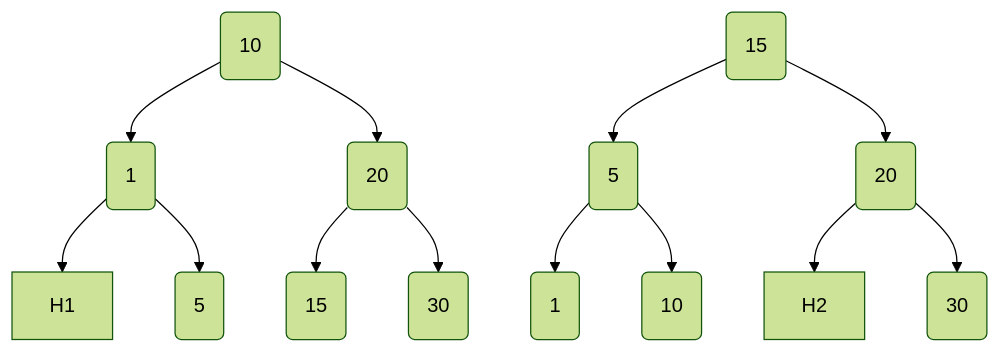
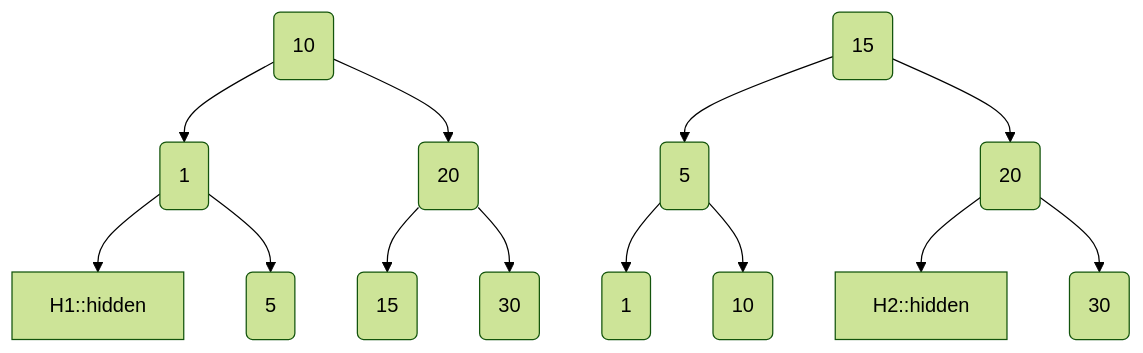
One commit to jayshozie/ceng301 changed the fourth of 4 diagrams in lecture-notes/w07.md. Above: the diagram before and after it, drawn with Mermaid (forest theme). The commit also changed other lines of this file, not shown here.

````diff
--- a/lecture-notes/w07.md
+++ b/lecture-notes/w07.md
@@ -441,17 +441,17 @@
 ```mermaid
 graph TB
 
 A(10) --> B(1)
-B --> H1:::hidden
+B --> H1::hidden
 B --> D(5)
 A(10) --> C(20)
 C --> E(15)
 C --> F(30)
 
 G(15) --> H(5)
 H --> J(1)
 H --> K(10)
 G --> I(20)
-I --> H2:::hidden
+I --> H2::hidden
 I --> L(30)
 ```
````
